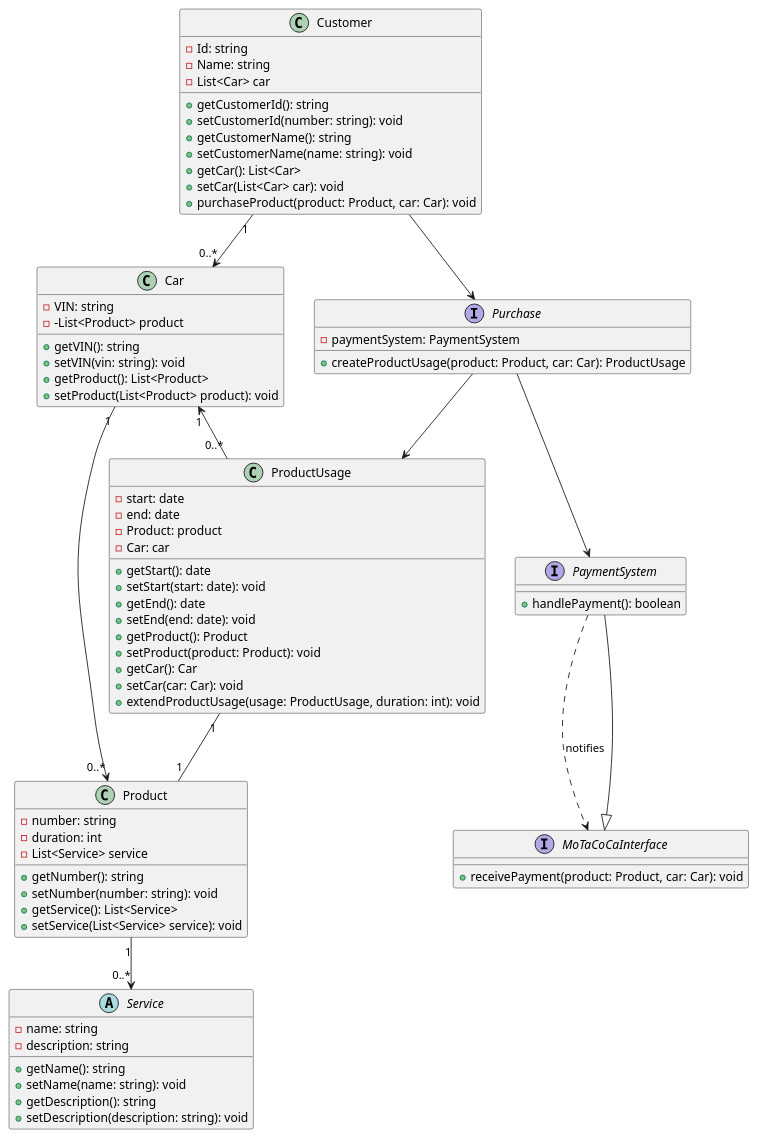
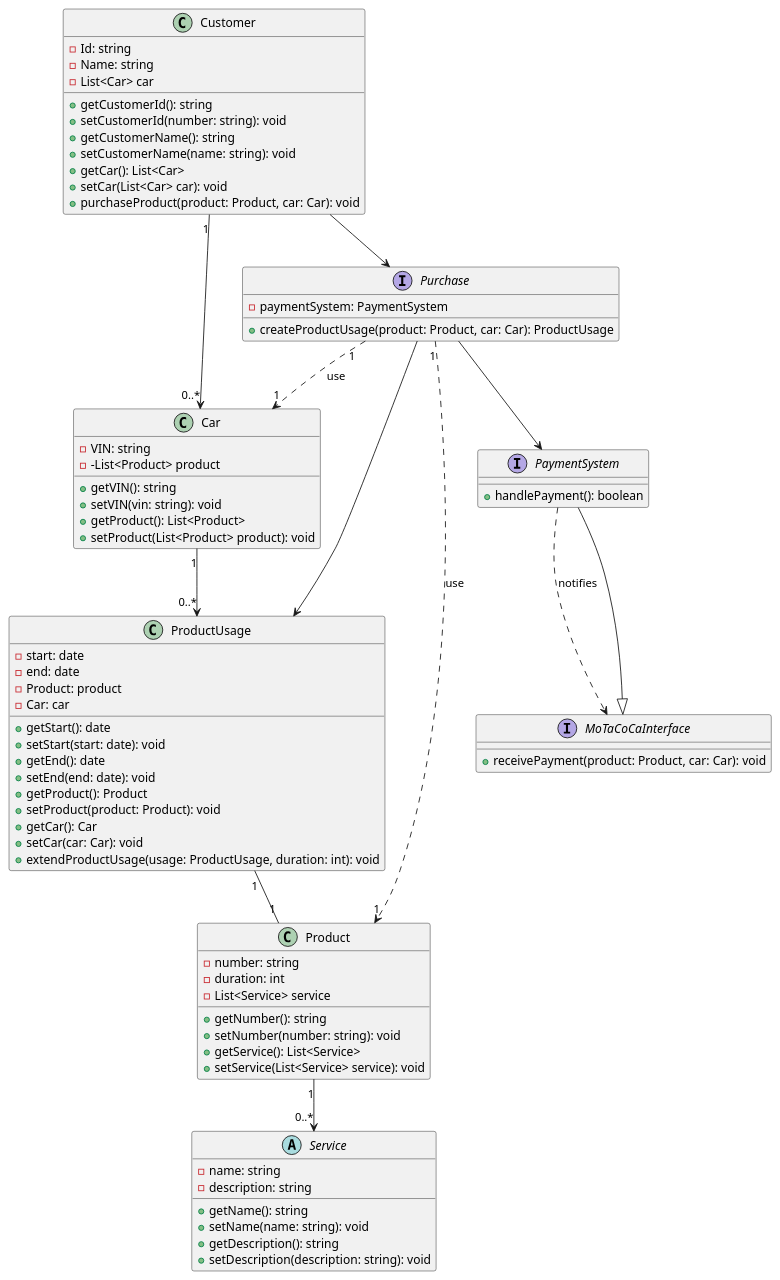
Before and after one commit to ljbg1996/car-backend: the diagram in 1.0.0 class.puml, drawn with PlantUML. The commit also changed 1 other file, not shown here.

```diff
--- a/1.0.0 class.puml
+++ b/1.0.0 class.puml
@@ -1,84 +1,85 @@
 @startuml
 class Car {
     - VIN: string
     - -List<Product> product
     + getVIN(): string
     + setVIN(vin: string): void
     + getProduct(): List<Product>
     + setProduct(List<Product> product): void
 }
 
 class Customer {
     - Id: string
     - Name: string
     - List<Car> car
     + getCustomerId(): string
     + setCustomerId(number: string): void
     + getCustomerName(): string
     + setCustomerName(name: string): void
     + getCar(): List<Car>
     + setCar(List<Car> car): void
     + purchaseProduct(product: Product, car: Car): void
 }
 
 class Product {
     - number: string
     - duration: int
     - List<Service> service
 
     + getNumber(): string
     + setNumber(number: string): void
     + getService(): List<Service>
     + setService(List<Service> service): void
 }
 
 abstract class Service {
     - name: string
     - description: string
     + getName(): string
     + setName(name: string): void
     + getDescription(): string
     + setDescription(description: string): void
 }
 
 class ProductUsage {
     - start: date
     - end: date
     - Product: product
     - Car: car
     + getStart(): date
     + setStart(start: date): void
     + getEnd(): date
     + setEnd(end: date): void
     + getProduct(): Product
     + setProduct(product: Product): void
     + getCar(): Car
     + setCar(car: Car): void
     + extendProductUsage(usage: ProductUsage, duration: int): void
 }
 
 Interface PaymentSystem {
     + handlePayment(): boolean
 }
 
 Interface Purchase {
     - paymentSystem: PaymentSystem
     + createProductUsage(product: Product, car: Car): ProductUsage
 }
 
 Interface MoTaCoCaInterface {
     + receivePayment(product: Product, car: Car): void
 }
 
 Customer "1" --> "0..*" Car
-Car "1" --> "0..*" Product
-Car "1" <-- "0..*" ProductUsage
+Car "1" --> "0..*" ProductUsage
 ProductUsage "1"-- "1"Product
+Purchase "1"..>"1" Product : use
+Purchase "1"..>"1" Car : use
 Product "1" --> "0..*" Service
 
 Customer --> Purchase
 Purchase --> PaymentSystem
 Purchase --> ProductUsage
 MoTaCoCaInterface <|-down- PaymentSystem
 PaymentSystem ..> MoTaCoCaInterface : notifies
 @enduml
```
